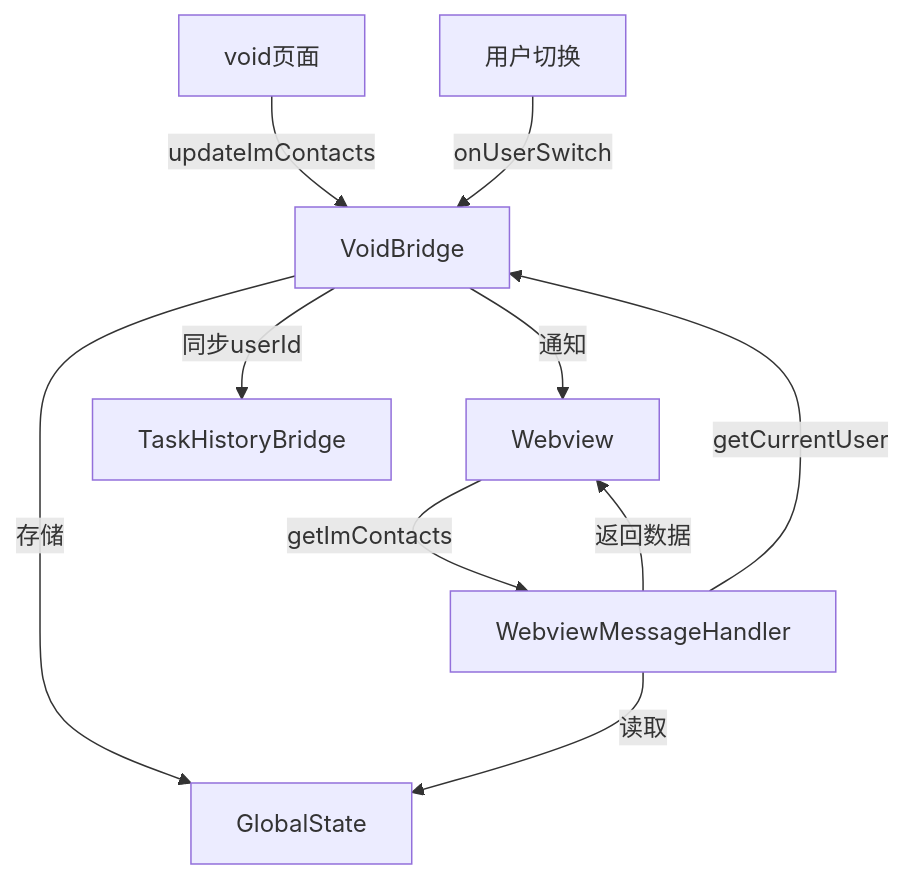
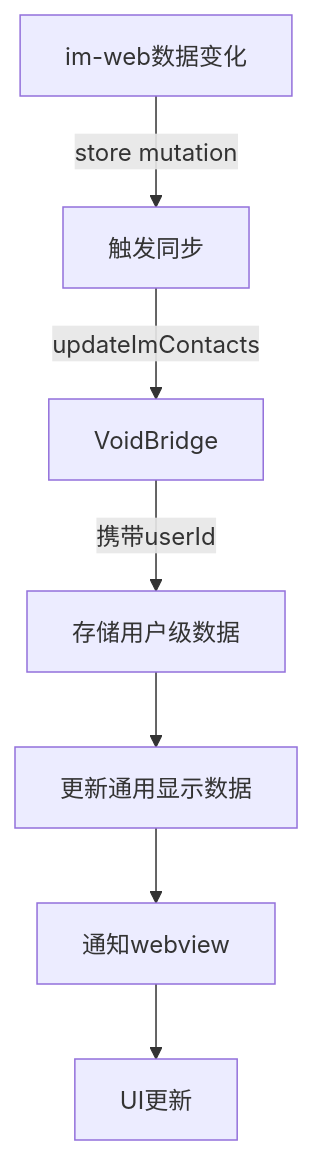
Before and after one commit to qinkee/Roo-Code: the third of 3 diagrams in MULTI-USER-DATA-ISOLATION.md, drawn with Mermaid. The commit also changed other lines of this file and 12 other files, not shown here.

````diff
--- a/MULTI-USER-DATA-ISOLATION.md
+++ b/MULTI-USER-DATA-ISOLATION.md
@@ -157,14 +475,9 @@
 ```mermaid
 graph TD
-    A[void页面] -->|updateImContacts| B[VoidBridge]
-    B -->|存储| C[GlobalState]
-    B -->|同步userId| D[TaskHistoryBridge]
-
-    E[Webview] -->|getImContacts| F[WebviewMessageHandler]
-    F -->|getCurrentUser| B
-    F -->|读取| C
-    F -->|返回数据| E
-
-    G[用户切换] -->|onUserSwitch| B
-    B -->|通知| E
+    A[im-web数据变化] -->|store mutation| B[触发同步]
+    B -->|updateImContacts| C[VoidBridge]
+    C -->|携带userId| D[存储用户级数据]
+    D --> E[更新通用显示数据]
+    E --> F[通知webview]
+    F --> G[UI更新]
 ```
````
